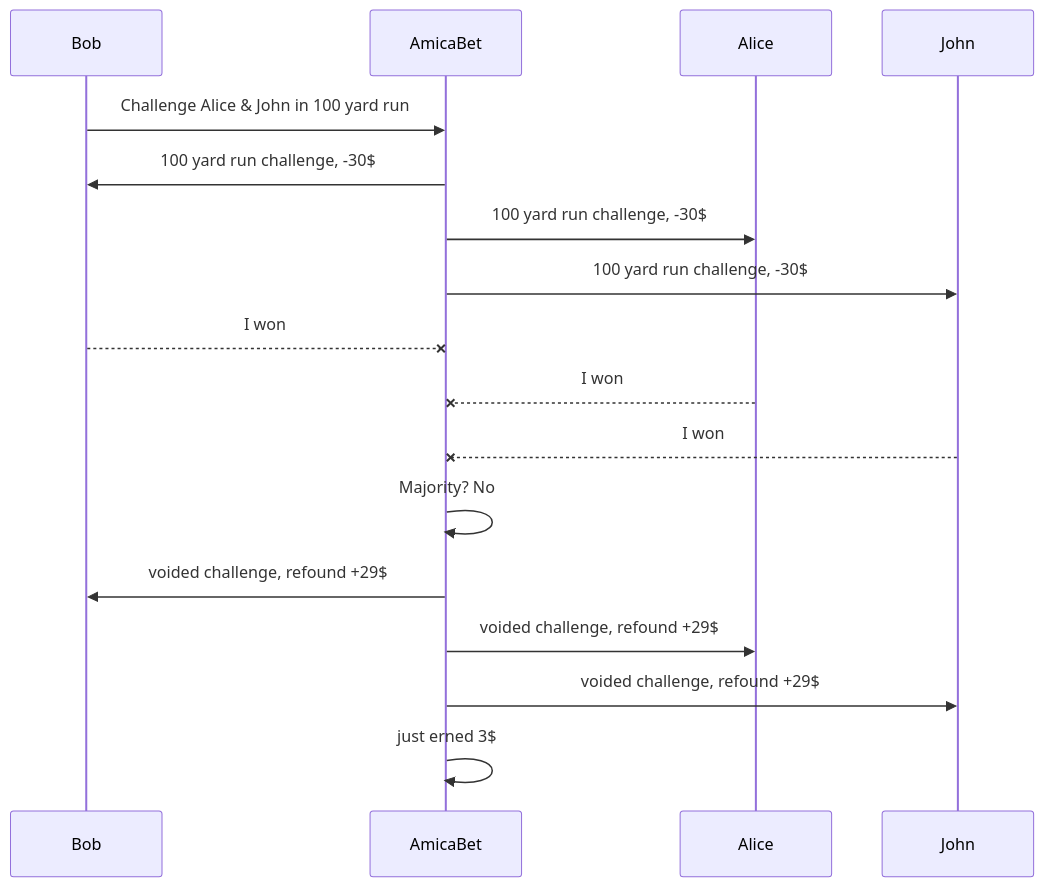
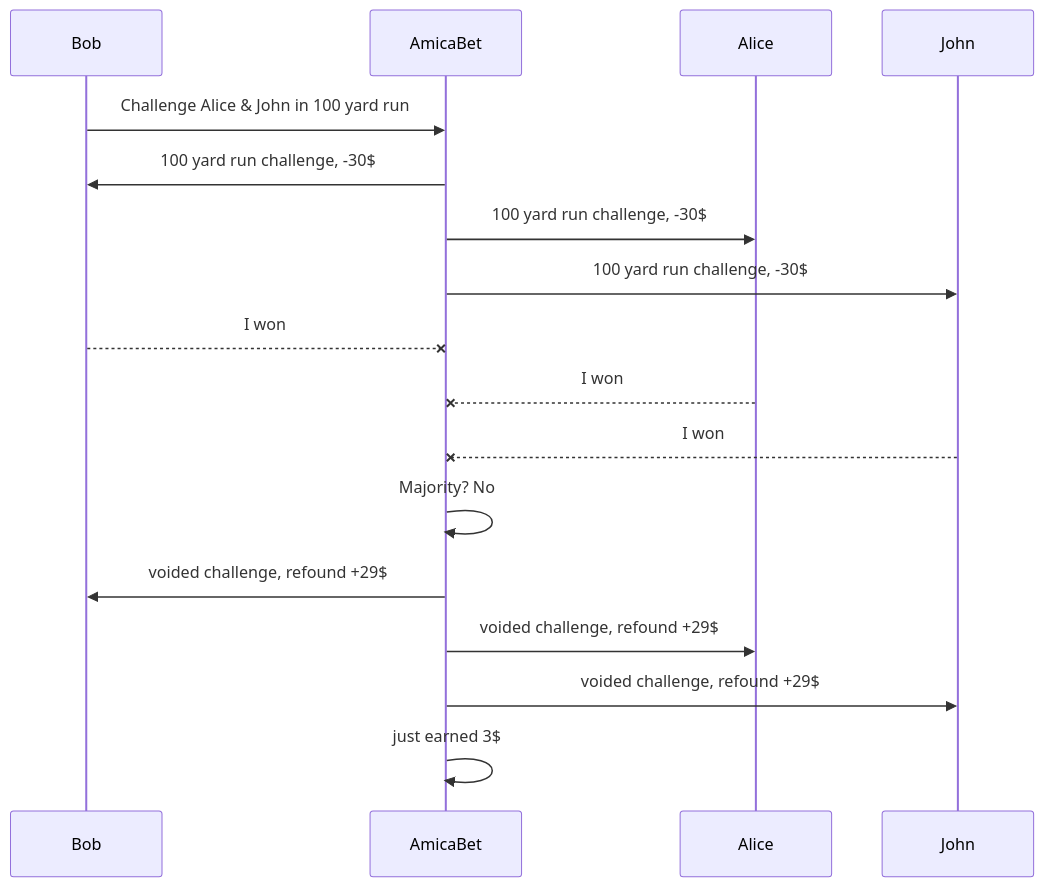
The second of 2 diagrams in README.md (TarasZhere/AmicaBet), drawn with Mermaid before and after one commit. The commit also changed other lines of this file and 5 other files, not shown here.

````diff
--- a/README.md
+++ b/README.md
@@ -85,15 +87,15 @@
 ```mermaid
 sequenceDiagram
 Bob ->> AmicaBet: Challenge Alice & John in 100 yard run
 AmicaBet ->> Bob: 100 yard run challenge, -30$
 AmicaBet ->> Alice: 100 yard run challenge, -30$
 AmicaBet ->> John: 100 yard run challenge, -30$
 Bob --X AmicaBet: I won
 Alice --x AmicaBet: I won
 John --x AmicaBet: I won
 AmicaBet ->> AmicaBet: Majority? No
 AmicaBet ->> Bob: voided challenge, refound +29$
 AmicaBet ->> Alice: voided challenge, refound +29$
 AmicaBet ->> John: voided challenge, refound +29$
-AmicaBet ->> AmicaBet: just erned 3$
+AmicaBet ->> AmicaBet: just earned 3$
 ```
````
